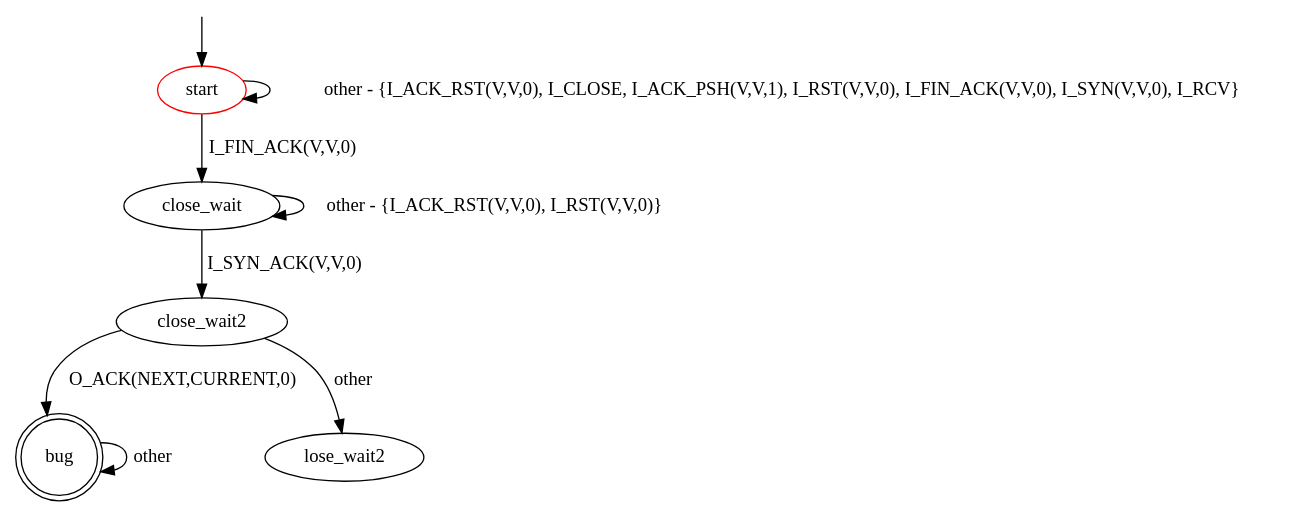
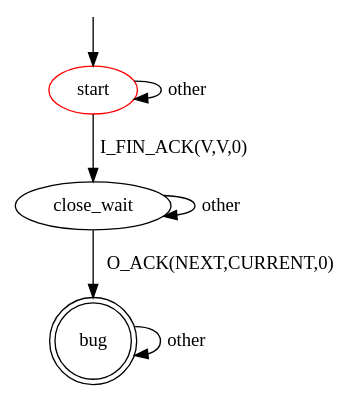
One commit to assist-project/state-machine-bug-finder changed the diagram in src/main/resources/patterns/tcp/invalid_response_to_synack_close_wait.dot. Above: the diagram before and after it, drawn with Graphviz. The commit also changed 3 other files, not shown here.

```diff
--- a/src/main/resources/patterns/tcp/invalid_response_to_synack_close_wait.dot
+++ b/src/main/resources/patterns/tcp/invalid_response_to_synack_close_wait.dot
@@ -1,18 +1,16 @@
 digraph G {
 label=""
 start [color="red"]
 bug [shape="doublecircle"]
 
-start -> start [label="other - {I_ACK_RST(V,V,0), I_CLOSE, I_ACK_PSH(V,V,1), I_RST(V,V,0), I_FIN_ACK(V,V,0), I_SYN(V,V,0), I_RCV}"]
+start -> start [label="other"]
 start -> close_wait [label="I_FIN_ACK(V,V,0)"]
-close_wait -> close_wait [label="other - {I_ACK_RST(V,V,0), I_RST(V,V,0)}"]
-close_wait-> close_wait2  [label="I_SYN_ACK(V,V,0)"]
-close_wait2 -> lose_wait2 [label="other"]
-close_wait2 -> bug [label="O_ACK(NEXT,CURRENT,0)"]
+close_wait -> close_wait [label="other"]
+close_wait -> bug [label="O_ACK(NEXT,CURRENT,0)"]
 
 
 bug -> bug [label="other"]
 
 __start0 [label="" shape="none" width="0" height="0"];
 __start0 -> start;
 }
```
